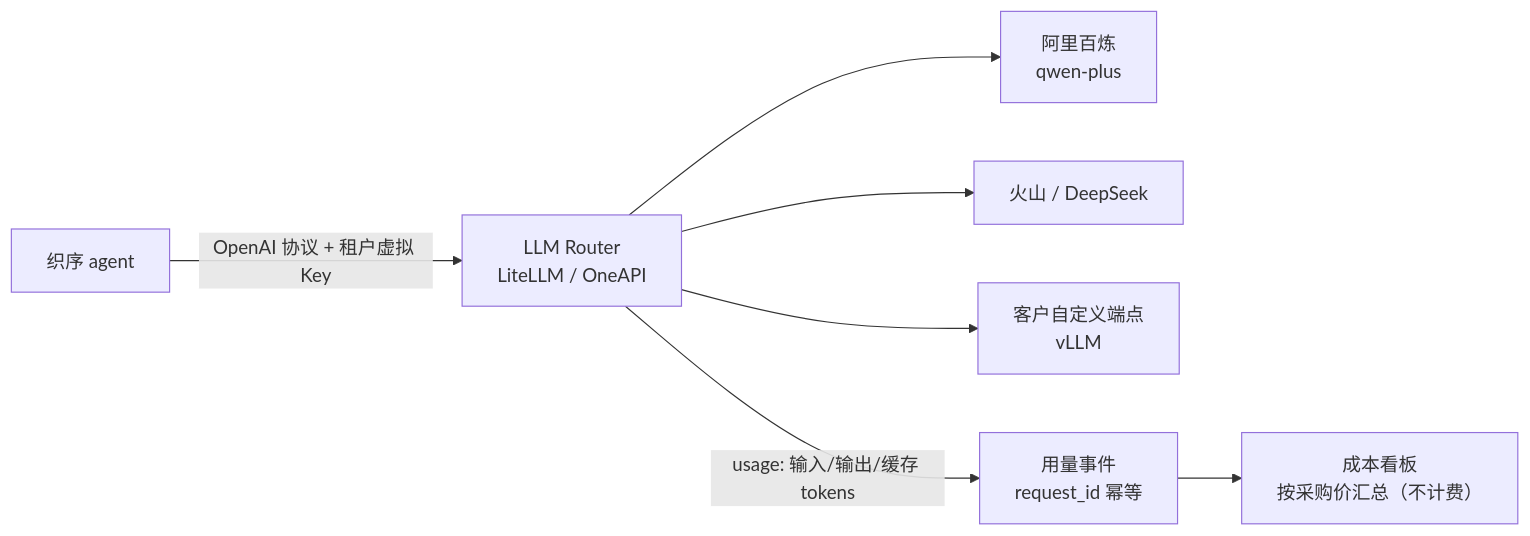
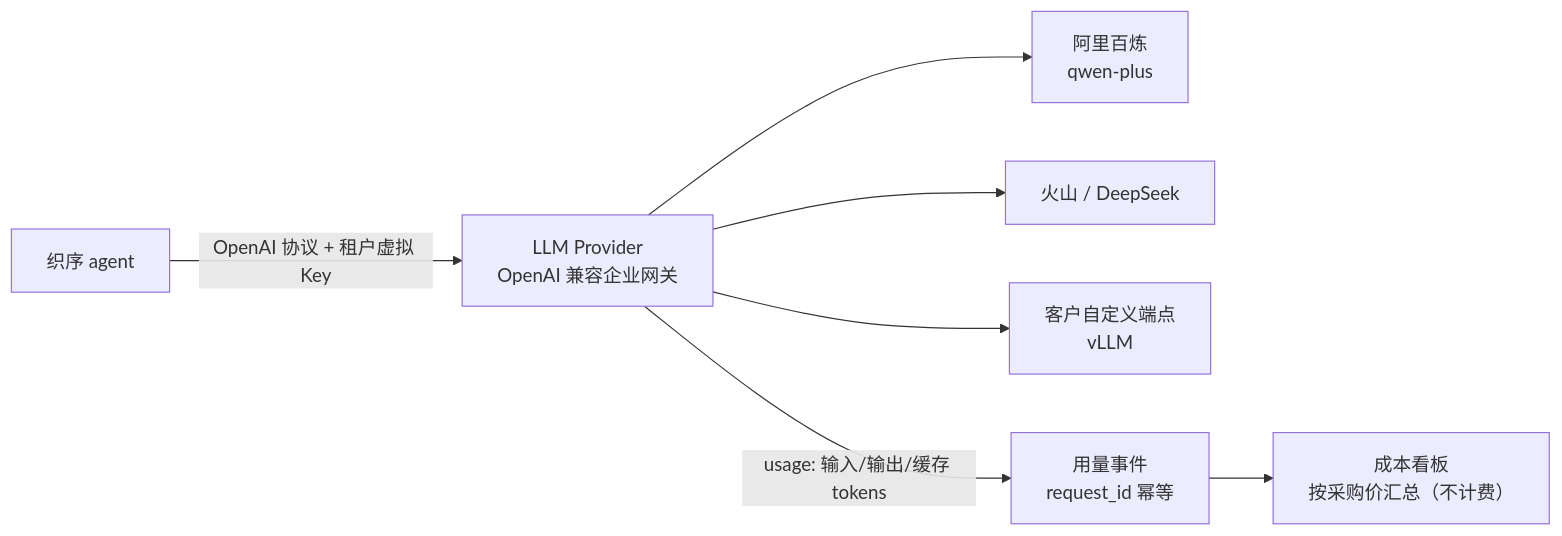
Before and after one commit to sjzsdu/weave-order: diagram 16 of 16 in docs/product-design.md, drawn with Mermaid. The commit also changed other lines of this file and 48 other files, not shown here.

Commit message:
feat(litellm): replace LiteLLM gateway with generic OpenAI compatible provider

````diff
--- a/docs/product-design.md
+++ b/docs/product-design.md
@@ -1706,9 +1706,9 @@
 ```mermaid
 flowchart LR
-  A["织序 agent"] -->|"OpenAI 协议 + 租户虚拟 Key"| R["LLM Router<br/>LiteLLM / OneAPI"]
+  A["织序 agent"] -->|"OpenAI 协议 + 租户虚拟 Key"| R["LLM Provider<br/>OpenAI 兼容企业网关"]
   R --> M1["阿里百炼<br/>qwen-plus"]
   R --> M2["火山 / DeepSeek"]
   R --> M3["客户自定义端点<br/>vLLM"]
   R -->|"usage: 输入/输出/缓存 tokens"| U["用量事件<br/>request_id 幂等"]
   U --> B["成本看板<br/>按采购价汇总（不计费）"]
 ```
````
